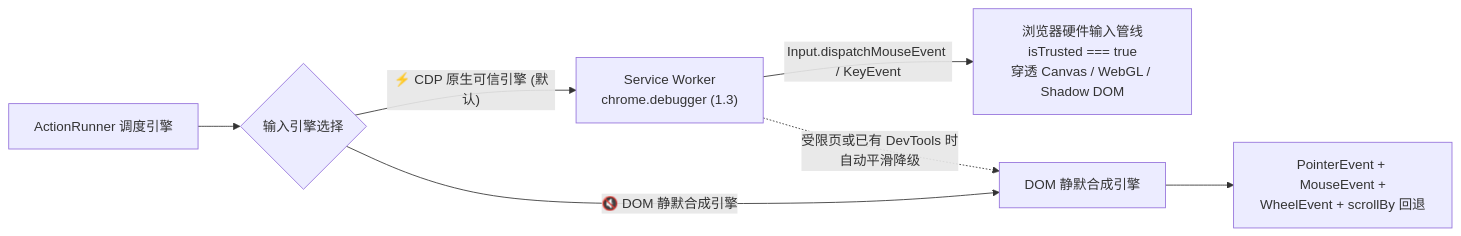
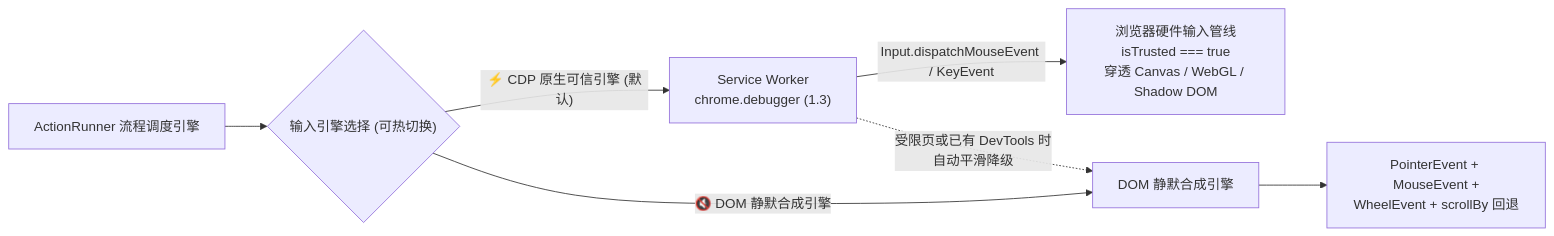
The diagram in README.md (littepointR/autoclick-anywhere), drawn with Mermaid before and after one commit. The commit also changed other lines of this file and 28 other files, not shown here.

Commit message:
feat: v1.1.0 unified flowchart, skill CD, pause/stop, per-page HUD & store submission kit

````diff
--- a/README.md
+++ b/README.md
@@ -28,9 +28,9 @@
 ```mermaid
 flowchart LR
-    Runner["ActionRunner 调度引擎"] --> Mode{"输入引擎选择"}
+    Runner["ActionRunner 流程调度引擎"] --> Mode{"输入引擎选择 (可热切换)"}
     Mode -- "⚡ CDP 原生可信引擎 (默认)" --> SW["Service Worker<br/>chrome.debugger (1.3)"]
     SW -- "Input.dispatchMouseEvent / KeyEvent" --> Browser["浏览器硬件输入管线<br/>isTrusted === true<br/>穿透 Canvas / WebGL / Shadow DOM"]
     SW -. "受限页或已有 DevTools 时<br/>自动平滑降级" .-> DOM["DOM 静默合成引擎"]
     Mode -- "🔇 DOM 静默合成引擎" --> DOM
     DOM --> Events["PointerEvent + MouseEvent +<br/>WheelEvent + scrollBy 回退"]
 ```
````
